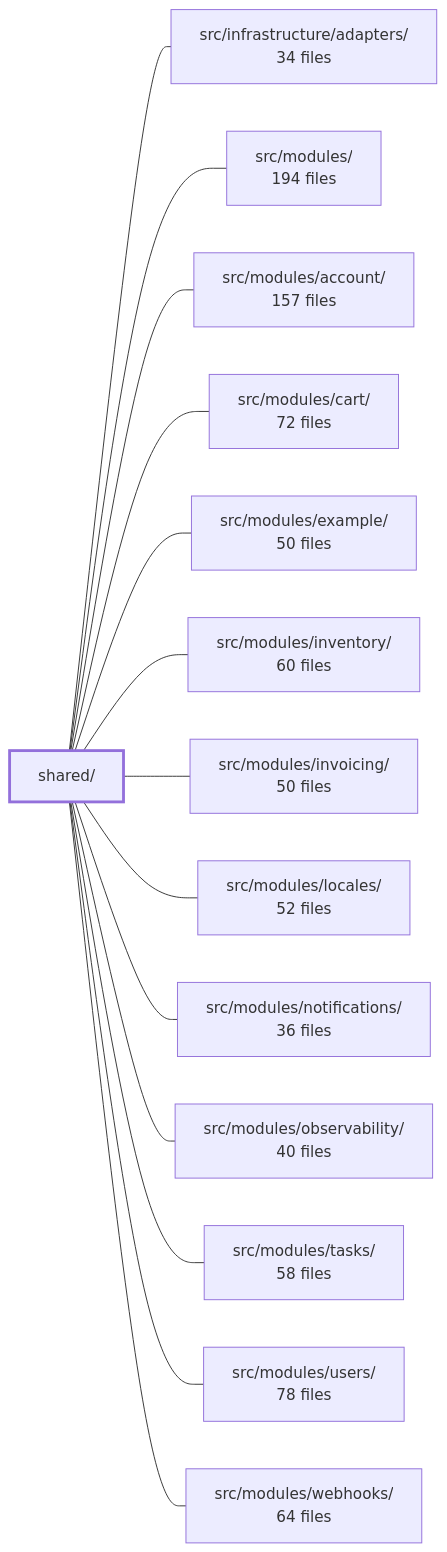
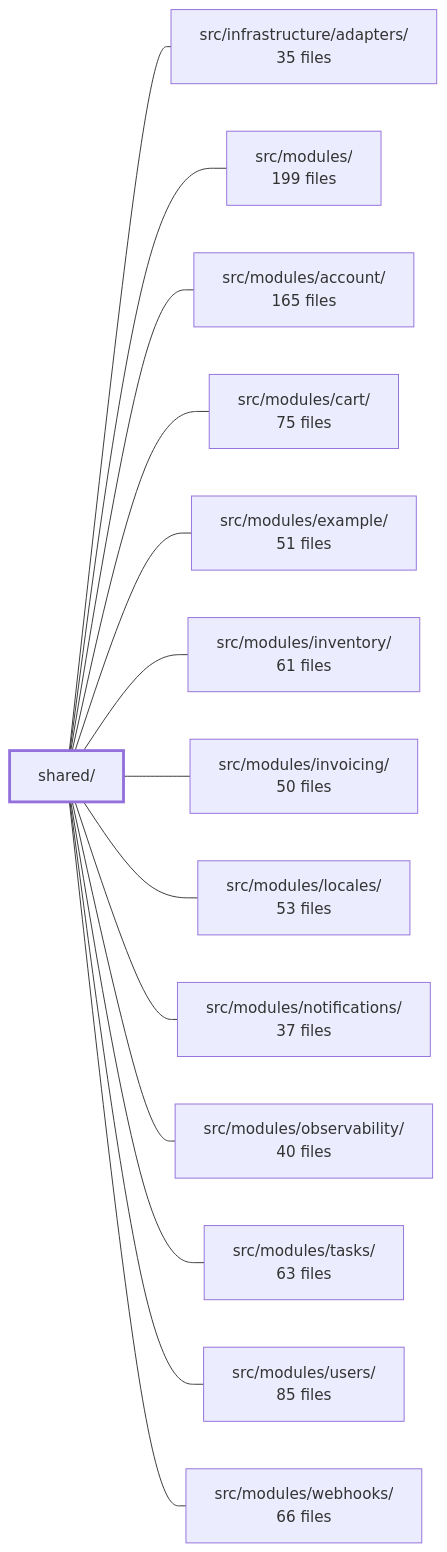
The diagram in .2brain/modules/boilerplate-node-backend_shared.md (Guebbit/boilerplate-node-backend), drawn with Mermaid before and after one commit. The commit also changed other lines of this file and 1102 other files, not shown here.

````diff
--- a/.2brain/modules/boilerplate-node-backend_shared.md
+++ b/.2brain/modules/boilerplate-node-backend_shared.md
@@ -41,31 +37,31 @@
 ```mermaid
 flowchart LR
     m_shared["shared/"]
-    m_src_infrastructure_adapters["src/infrastructure/adapters/<br/>34 files"]
-    m_src_modules["src/modules/<br/>194 files"]
-    m_src_modules_account["src/modules/account/<br/>157 files"]
-    m_src_modules_cart["src/modules/cart/<br/>72 files"]
-    m_src_modules_example["src/modules/example/<br/>50 files"]
-    m_src_modules_inventory["src/modules/inventory/<br/>60 files"]
+    m_src_infrastructure_adapters["src/infrastructure/adapters/<br/>35 files"]
+    m_src_modules["src/modules/<br/>199 files"]
+    m_src_modules_account["src/modules/account/<br/>165 files"]
+    m_src_modules_cart["src/modules/cart/<br/>75 files"]
+    m_src_modules_example["src/modules/example/<br/>51 files"]
+    m_src_modules_inventory["src/modules/inventory/<br/>61 files"]
     m_src_modules_invoicing["src/modules/invoicing/<br/>50 files"]
-    m_src_modules_locales["src/modules/locales/<br/>52 files"]
-    m_src_modules_notifications["src/modules/notifications/<br/>36 files"]
+    m_src_modules_locales["src/modules/locales/<br/>53 files"]
+    m_src_modules_notifications["src/modules/notifications/<br/>37 files"]
     m_src_modules_observability["src/modules/observability/<br/>40 files"]
-    m_src_modules_tasks["src/modules/tasks/<br/>58 files"]
-    m_src_modules_users["src/modules/users/<br/>78 files"]
-    m_src_modules_webhooks["src/modules/webhooks/<br/>64 files"]
+    m_src_modules_tasks["src/modules/tasks/<br/>63 files"]
+    m_src_modules_users["src/modules/users/<br/>85 files"]
+    m_src_modules_webhooks["src/modules/webhooks/<br/>66 files"]
     m_shared --- m_src_infrastructure_adapters
     m_shared --- m_src_modules
     m_shared --- m_src_modules_account
     m_shared --- m_src_modules_cart
     m_shared --- m_src_modules_example
     m_shared --- m_src_modules_inventory
     m_shared --- m_src_modules_invoicing
     m_shared --- m_src_modules_locales
     m_shared --- m_src_modules_notifications
     m_shared --- m_src_modules_observability
     m_shared --- m_src_modules_tasks
     m_shared --- m_src_modules_users
     m_shared --- m_src_modules_webhooks
     style m_shared stroke-width:3px
 ```
````
